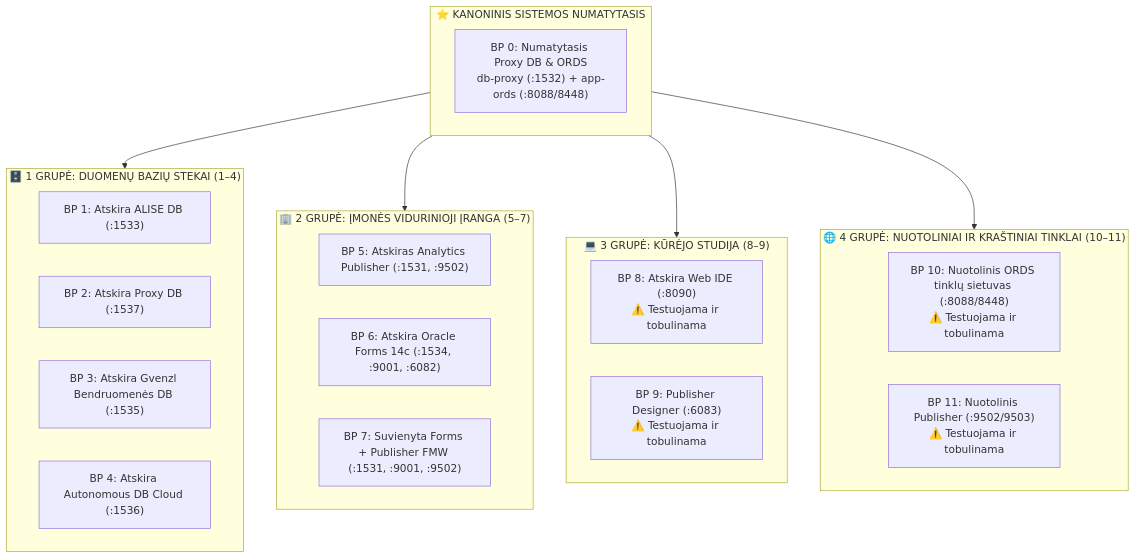
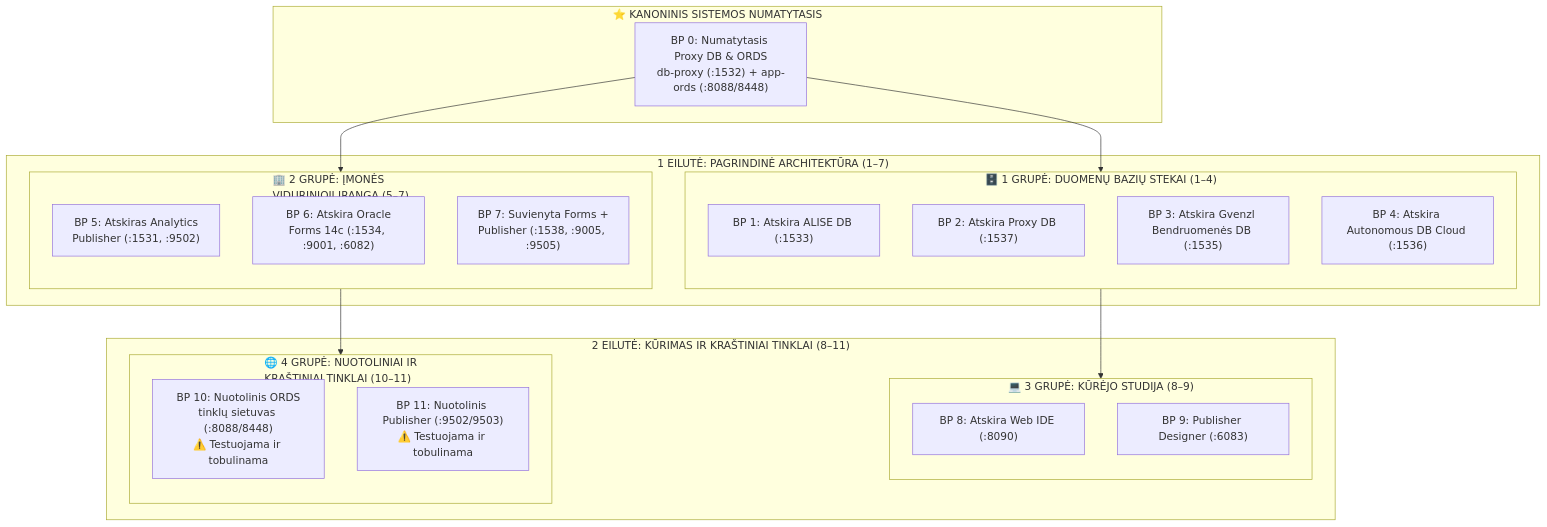
Before and after one commit to alahe/oracle-devops-platform: the diagram in config/blueprints/README.lt.md, drawn with Mermaid. The commit also changed other lines of this file and 412 other files, not shown here.

````diff
--- a/config/blueprints/README.lt.md
+++ b/config/blueprints/README.lt.md
@@ -7,34 +7,42 @@
 ```mermaid
 flowchart TD
     subgraph Default ["⭐ KANONINIS SISTEMOS NUMATYTASIS"]
         BP0["BP 0: Numatytasis Proxy DB & ORDS<br/>db-proxy (:1532) + app-ords (:8088/8448)"]
     end
 
-    subgraph DatabaseStacks ["🗄️ 1 GRUPĖ: DUOMENŲ BAZIŲ STEKAI (1–4)"]
-        BP1["BP 1: Atskira ALISE DB (:1533)"]
-        BP2["BP 2: Atskira Proxy DB (:1537)"]
-        BP3["BP 3: Atskira Gvenzl Bendruomenės DB (:1535)"]
-        BP4["BP 4: Atskira Autonomous DB Cloud (:1536)"]
+    subgraph Tier1 ["1 EILUTĖ: PAGRINDINĖ ARCHITEKTŪRA (1–7)"]
+        subgraph DatabaseStacks ["🗄️ 1 GRUPĖ: DUOMENŲ BAZIŲ STEKAI (1–4)"]
+            direction TB
+            BP1["BP 1: Atskira ALISE DB (:1533)"]
+            BP2["BP 2: Atskira Proxy DB (:1537)"]
+            BP3["BP 3: Atskira Gvenzl Bendruomenės DB (:1535)"]
+            BP4["BP 4: Atskira Autonomous DB Cloud (:1536)"]
+        end
+
+        subgraph Middleware ["🏢 2 GRUPĖ: ĮMONĖS<br/>VIDURINIOJI ĮRANGA (5–7)"]
+            direction TB
+            BP5["BP 5: Atskiras Analytics<br/>Publisher (:1531, :9502)"]
+            BP6["BP 6: Atskira Oracle<br/>Forms 14c (:1534, :9001, :6082)"]
+            BP7["BP 7: Suvienyta Forms +<br/>Publisher (:1538, :9005, :9505)"]
+        end
     end
 
-    subgraph Middleware ["🏢 2 GRUPĖ: ĮMONĖS VIDURINIOJI ĮRANGA (5–7)"]
-        BP5["BP 5: Atskiras Analytics Publisher (:1531, :9502)"]
-        BP6["BP 6: Atskira Oracle Forms 14c (:1534, :9001, :6082)"]
-        BP7["BP 7: Suvienyta Forms + Publisher FMW (:1531, :9001, :9502)"]
+    subgraph Tier2 ["2 EILUTĖ: KŪRIMAS IR KRAŠTINIAI TINKLAI (8–11)"]
+        subgraph DeveloperStudio ["💻 3 GRUPĖ: KŪRĖJO STUDIJA (8–9)"]
+            direction TB
+            BP8["BP 8: Atskira Web IDE (:8090)"]
+            BP9["BP 9: Publisher Designer (:6083)"]
+        end
+
+        subgraph RemoteGateways ["🌐 4 GRUPĖ: NUOTOLINIAI IR<br/>KRAŠTINIAI TINKLAI (10–11)"]
+            direction TB
+            BP10["BP 10: Nuotolinis ORDS<br/>tinklų sietuvas (:8088/8448)<br/>⚠️ Testuojama ir tobulinama"]
+            BP11["BP 11: Nuotolinis Publisher (:9502/9503)<br/>⚠️ Testuojama ir tobulinama"]
+        end
     end
 
-    subgraph DeveloperStudio ["💻 3 GRUPĖ: KŪRĖJO STUDIJA (8–9)"]
-        BP8["BP 8: Atskira Web IDE (:8090)<br/>⚠️ Testuojama ir tobulinama"]
-        BP9["BP 9: Publisher Designer (:6083)<br/>⚠️ Testuojama ir tobulinama"]
-    end
-
-    subgraph RemoteGateways ["🌐 4 GRUPĖ: NUOTOLINIAI IR KRAŠTINIAI TINKLAI (10–11)"]
-        BP10["BP 10: Nuotolinis ORDS tinklų sietuvas (:8088/8448)<br/>⚠️ Testuojama ir tobulinama"]
-        BP11["BP 11: Nuotolinis Publisher (:9502/9503)<br/>⚠️ Testuojama ir tobulinama"]
-    end
-
-    Default --> DatabaseStacks
-    Default --> Middleware
-    Default --> DeveloperStudio
-    Default --> RemoteGateways
+    BP0 --> BP1
+    BP0 --> BP5
+    BP1 --> BP8
+    BP5 --> BP10
 ```
````
